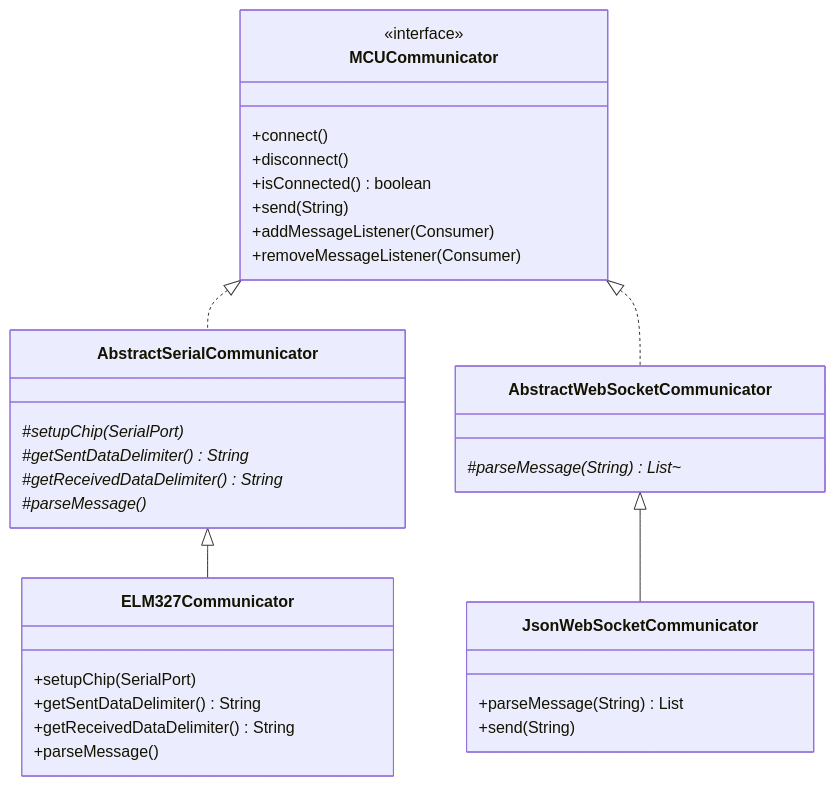
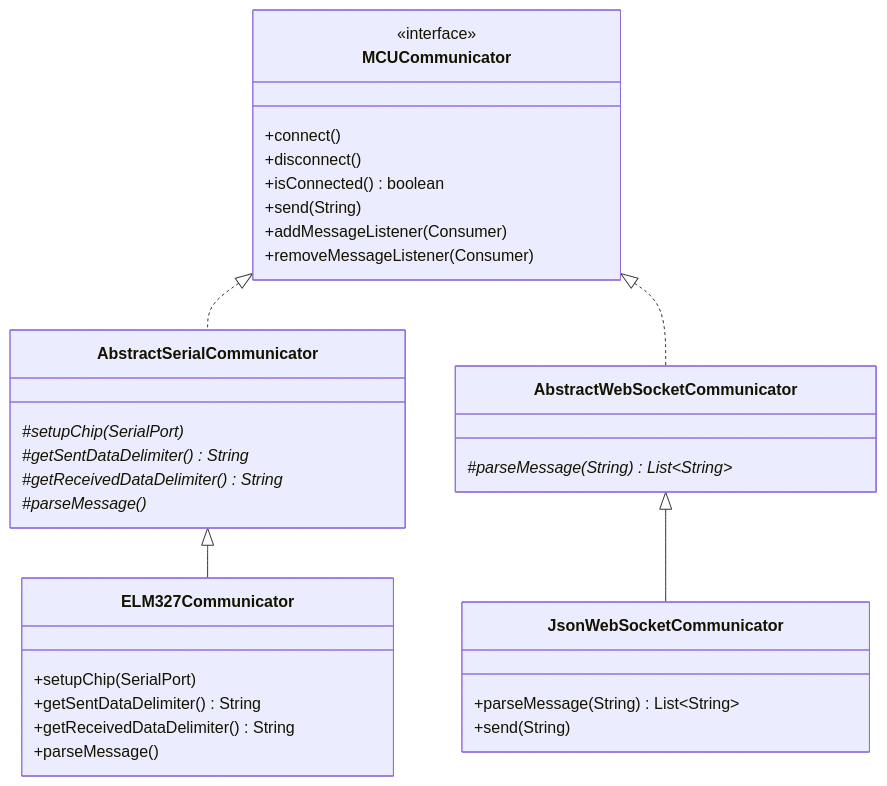
Before and after one commit to unibo-oop-projects/OOP24-Alessandro-CristoferNapolitano-SolarEgg-TodeschiMatteo-java-dyno: the third of 8 diagrams in report.md, drawn with Mermaid.

Commit message:
small report fix

````diff
--- a/report.md
+++ b/report.md
@@ -226,40 +226,40 @@
 ```mermaid
 classDiagram
     class MCUCommunicator {
         <<interface>>
         +connect()
         +disconnect()
         +isConnected() boolean
         +send(String)
         +addMessageListener(Consumer)
         +removeMessageListener(Consumer)
     }
     
     class AbstractSerialCommunicator {
         #setupChip(SerialPort)*
         #getSentDataDelimiter()* String
         #getReceivedDataDelimiter()* String
         #parseMessage()*
     }
     
     class AbstractWebSocketCommunicator {
-        #parseMessage(String)* List~
+        #parseMessage(String)* List~String~
     }
     
     class ELM327Communicator {
         +setupChip(SerialPort)
         +getSentDataDelimiter() String
         +getReceivedDataDelimiter() String
         +parseMessage()
     }
     
     class JsonWebSocketCommunicator {
-        +parseMessage(String) List
+        +parseMessage(String) List~String~
         +send(String)
     }
 
     MCUCommunicator <|.. AbstractSerialCommunicator
     MCUCommunicator <|.. AbstractWebSocketCommunicator
     AbstractSerialCommunicator <|-- ELM327Communicator
     AbstractWebSocketCommunicator <|-- JsonWebSocketCommunicator
 ```
````
